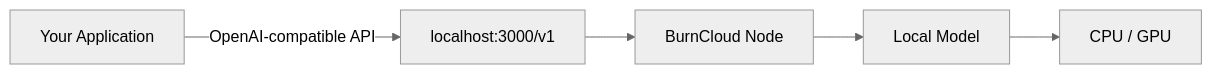
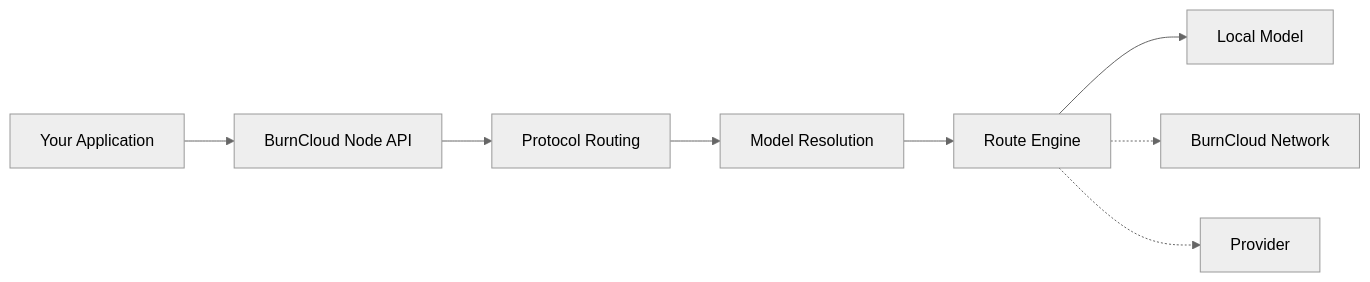
Before and after one commit to burncloud/burncloud.github.io: the first of 2 diagrams in site/manual-docs/burncloud-node/index.md, drawn with Mermaid (neutral theme). The commit also changed other lines of this file and 6 other files, not shown here.

First line of the commit message:
docs: add BurnCloud protocol routing architecture

````diff
--- a/site/manual-docs/burncloud-node/index.md
+++ b/site/manual-docs/burncloud-node/index.md
@@ -15,7 +15,10 @@
 ```mermaid
 flowchart LR
-    APP["Your Application"] -->|"OpenAI-compatible API"| API["localhost:3000/v1"]
-    API --> NODE["BurnCloud Node"]
-    NODE --> MODEL["Local Model"]
-    MODEL --> HW["CPU / GPU"]
+    APP["Your Application"] --> API["BurnCloud Node API"]
+    API --> PROTOCOL["Protocol Routing"]
+    PROTOCOL --> MODEL["Model Resolution"]
+    MODEL --> ROUTE["Route Engine"]
+    ROUTE --> LOCAL["Local Model"]
+    ROUTE -.-> NETWORK["BurnCloud Network"]
+    ROUTE -.-> PROVIDER["Provider"]
 ```
````
